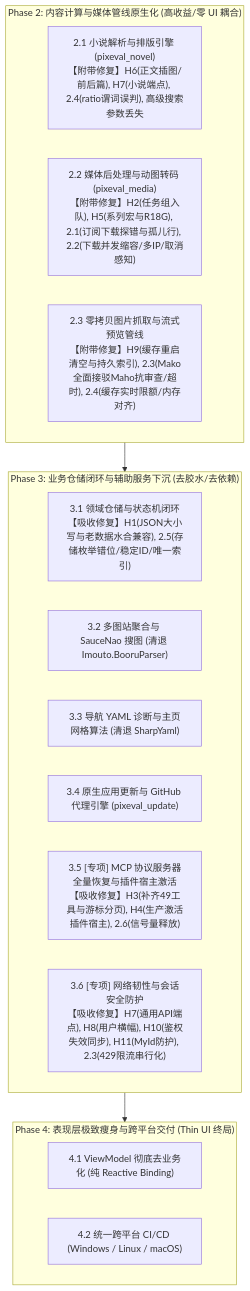
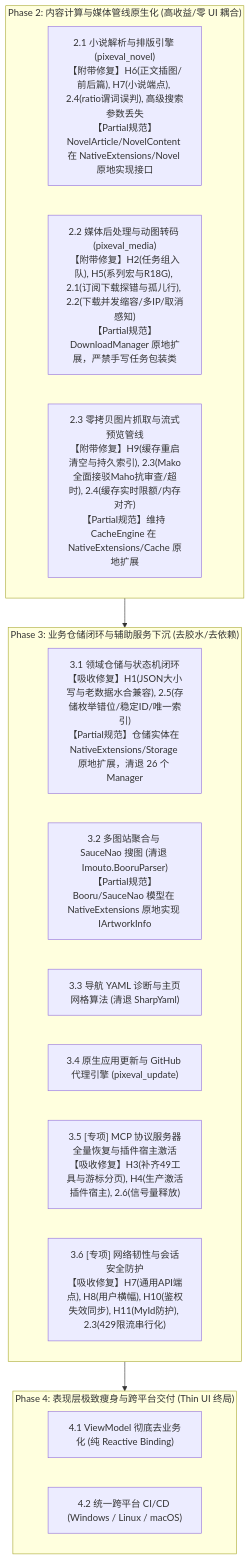
Before and after one commit to Summpot/Pixeval: the diagram in docs/ROADMAP_RUST_MIGRATION_PHASE2.md, drawn with Mermaid. The commit also changed other lines of this file, not shown here.

Commit message:
docs: 完善路线图中 UniFFISharp partial 类型扩展机制与零包装原则

````diff
--- a/docs/ROADMAP_RUST_MIGRATION_PHASE2.md
+++ b/docs/ROADMAP_RUST_MIGRATION_PHASE2.md
@@ -44,25 +90,25 @@
 ```mermaid
 flowchart TD
     subgraph Phase2 ["Phase 2: 内容计算与媒体管线原生化 (高收益/零 UI 耦合)"]
-        P2_1["2.1 小说解析与排版引擎 (pixeval_novel)<br/>【附带修复】H6(正文插图/前后篇), H7(小说端点), 2.4(ratio谓词误判), 高级搜索参数丢失"]
-        P2_2["2.2 媒体后处理与动图转码 (pixeval_media)<br/>【附带修复】H2(任务组入队), H5(系列宏与R18G), 2.1(订阅下载探错与孤儿行), 2.2(下载并发缩容/多IP/取消感知)"]
-        P2_3["2.3 零拷贝图片抓取与流式预览管线<br/>【附带修复】H9(缓存重启清空与持久索引), 2.3(Mako全面接驳Maho抗审查/超时), 2.4(缓存实时限额/内存对齐)"]
+        P2_1["2.1 小说解析与排版引擎 (pixeval_novel)<br/>【附带修复】H6(正文插图/前后篇), H7(小说端点), 2.4(ratio谓词误判), 高级搜索参数丢失<br/>【Partial规范】NovelArticle/NovelContent 在 NativeExtensions/Novel 原地实现接口"]
+        P2_2["2.2 媒体后处理与动图转码 (pixeval_media)<br/>【附带修复】H2(任务组入队), H5(系列宏与R18G), 2.1(订阅下载探错与孤儿行), 2.2(下载并发缩容/多IP/取消感知)<br/>【Partial规范】DownloadManager 原地扩展，严禁手写任务包装类"]
+        P2_3["2.3 零拷贝图片抓取与流式预览管线<br/>【附带修复】H9(缓存重启清空与持久索引), 2.3(Mako全面接驳Maho抗审查/超时), 2.4(缓存实时限额/内存对齐)<br/>【Partial规范】维持 CacheEngine 在 NativeExtensions/Cache 原地扩展"]
     end
 
     subgraph Phase3 ["Phase 3: 业务仓储闭环与辅助服务下沉 (去胶水/去依赖)"]
-        P3_1["3.1 领域仓储与状态机闭环<br/>【吸收修复】H1(JSON大小写与老数据水合兼容), 2.5(存储枚举错位/稳定ID/唯一索引)"]
-        P3_2["3.2 多图站聚合与 SauceNao 搜图 (清退 Imouto.BooruParser)"]
+        P3_1["3.1 领域仓储与状态机闭环<br/>【吸收修复】H1(JSON大小写与老数据水合兼容), 2.5(存储枚举错位/稳定ID/唯一索引)<br/>【Partial规范】仓储实体在 NativeExtensions/Storage 原地扩展，清退 26 个 Manager"]
+        P3_2["3.2 多图站聚合与 SauceNao 搜图 (清退 Imouto.BooruParser)<br/>【Partial规范】Booru/SauceNao 模型在 NativeExtensions 原地实现 IArtworkInfo"]
         P3_3["3.3 导航 YAML 诊断与主页网格算法 (清退 SharpYaml)"]
         P3_4["3.4 原生应用更新与 GitHub 代理引擎 (pixeval_update)"]
         P3_5["3.5 [专项] MCP 协议服务器全量恢复与插件宿主激活<br/>【吸收修复】H3(补齐49工具与游标分页), H4(生产激活插件宿主), 2.6(信号量释放)"]
         P3_6["3.6 [专项] 网络韧性与会话安全防护<br/>【吸收修复】H7(通用API端点), H8(用户横幅), H10(鉴权失效同步), H11(MyId防护), 2.3(429限流串行化)"]
     end
 
     subgraph Phase4 ["Phase 4: 表现层极致瘦身与跨平台交付 (Thin UI 终局)"]
         P4_1["4.1 ViewModel 彻底去业务化 (纯 Reactive Binding)"]
         P4_2["4.2 统一跨平台 CI/CD (Windows / Linux / macOS)"]
     end
 
     Phase2 --> Phase3
     Phase3 --> Phase4
 ```
````
